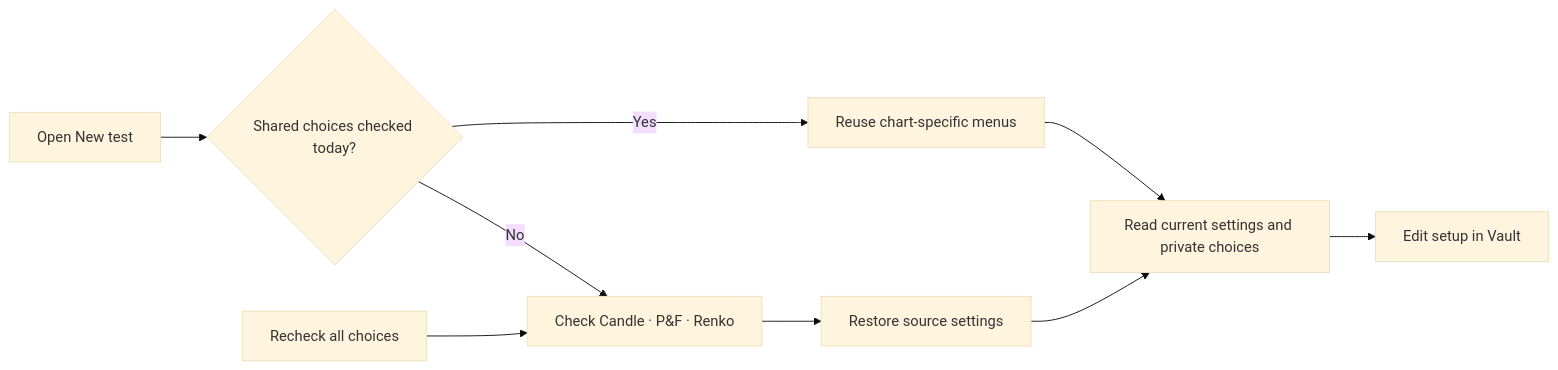
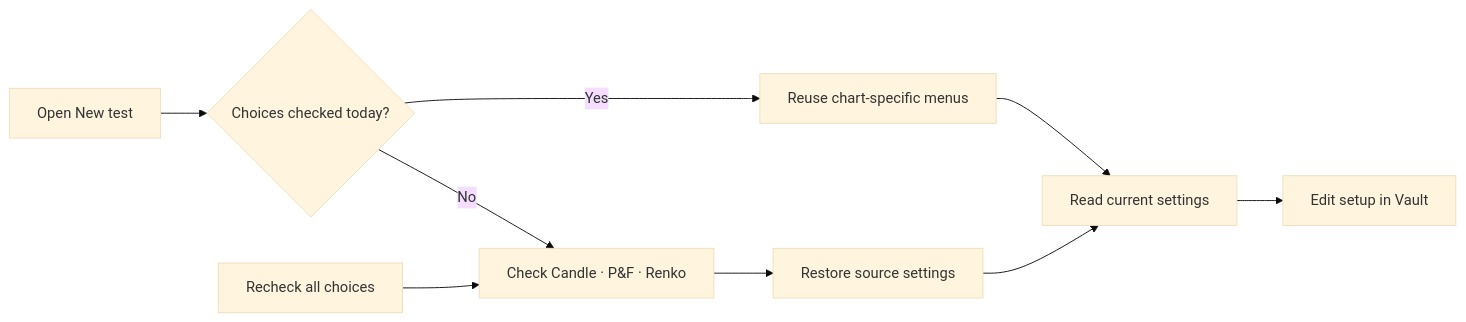
Before and after one commit to mamamiya7/backtest-vault: the fourth of 19 diagrams in README.md, drawn with Mermaid (base theme). The commit also changed other lines of this file and 17 other files, not shown here.

````diff
--- a/README.md
+++ b/README.md
@@ -84,11 +84,11 @@
 ```mermaid
 flowchart LR
-    A[Open New test] --> B{Shared choices checked today?}
+    A[Open New test] --> B{Choices checked today?}
     B -->|Yes| C[Reuse chart-specific menus]
     B -->|No| D[Check Candle · P&F · Renko]
     R[Recheck all choices] --> D
     D --> E[Restore source settings]
-    C --> F[Read current settings and private choices]
+    C --> F[Read current settings]
     E --> F
     F --> G[Edit setup in Vault]
 ```
````
